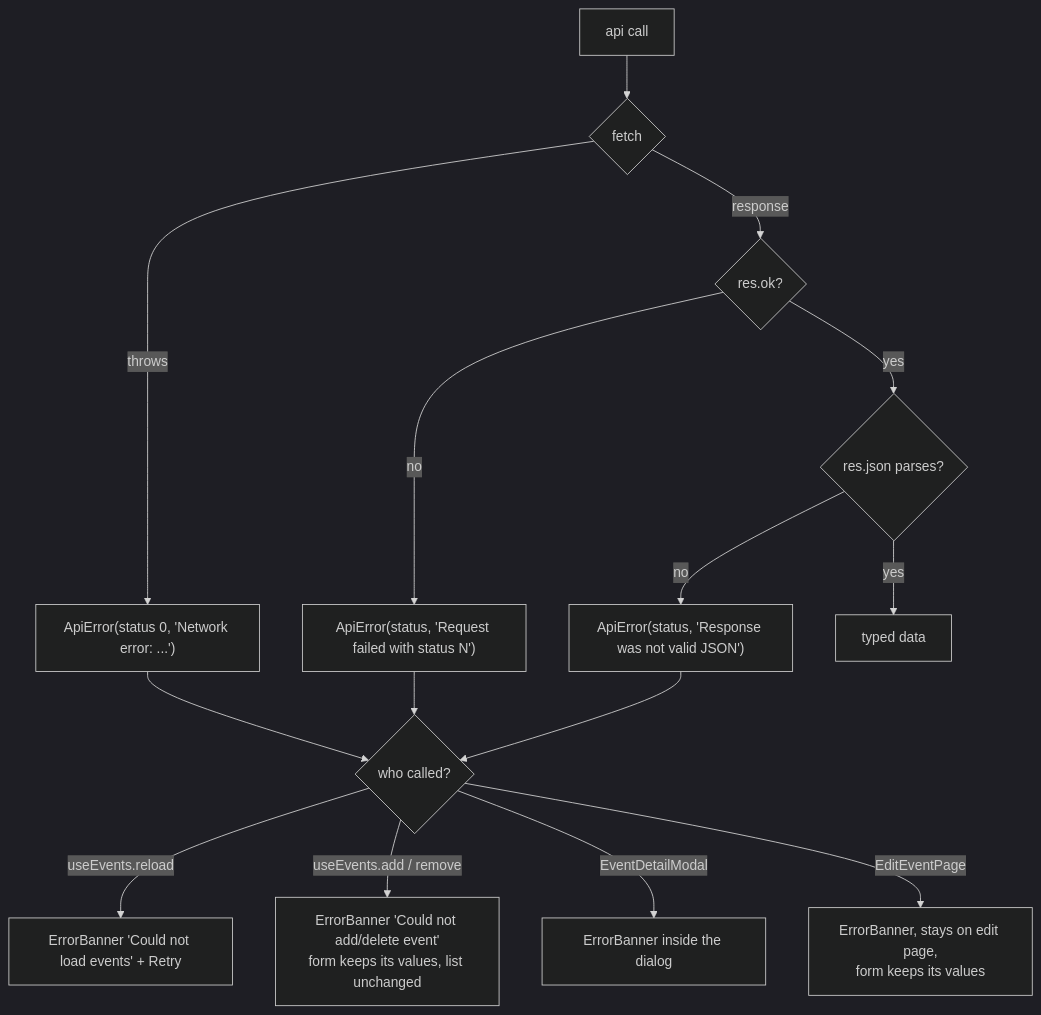
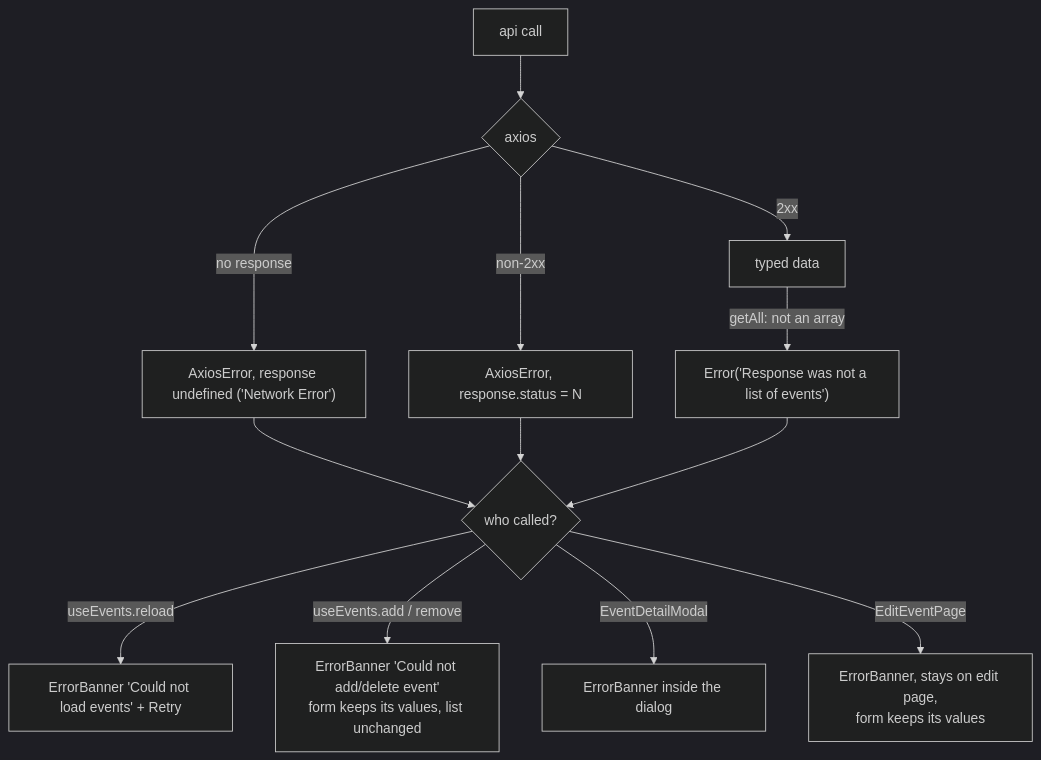
Before and after one commit to runningc1/events-app: the eighth of 9 diagrams in docs/architecture.md, drawn with Mermaid (dark theme). The commit also changed other lines of this file and 8 other files, not shown here.

First line of the commit message:
Replace the fetch wrapper with axios

````diff
--- a/docs/architecture.md
+++ b/docs/architecture.md
@@ -176,16 +176,14 @@
 ```mermaid
 flowchart TB
-  call[api call] --> fetch{fetch}
-  fetch -->|throws| net["ApiError(status 0, 'Network error: ...')"]
-  fetch -->|response| ok{res.ok?}
-  ok -->|no| http["ApiError(status, 'Request failed with status N')"]
-  ok -->|yes| json{res.json parses?}
-  json -->|no| bad["ApiError(status, 'Response was not valid JSON')"]
-  json -->|yes| data[typed data]
+  call[api call] --> axios{axios}
+  axios -->|no response| net["AxiosError, response undefined ('Network Error')"]
+  axios -->|non-2xx| http["AxiosError, response.status = N"]
+  axios -->|2xx| data[typed data]
+  data -->|getAll: not an array| bad["Error('Response was not a list of events')"]
 
   net & http & bad --> caller{who called?}
   caller -->|useEvents.reload| e1["ErrorBanner 'Could not load events' + Retry"]
   caller -->|useEvents.add / remove| e2["ErrorBanner 'Could not add/delete event'<br/>form keeps its values, list unchanged"]
   caller -->|EventDetailModal| e3["ErrorBanner inside the dialog"]
   caller -->|EditEventPage| e4["ErrorBanner, stays on edit page,<br/>form keeps its values"]
 ```
````
